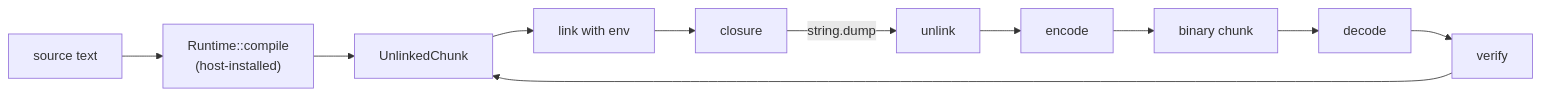
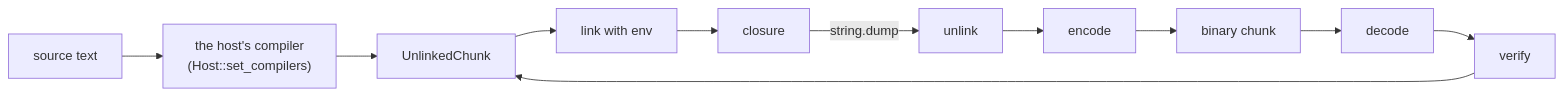
The diagram in docs/design/chunks-io-os-cli.md (orbitscript-lang/OrbitScript), drawn with Mermaid before and after one commit. The commit also changed other lines of this file and 23 other files, not shown here.

First line of the commit message:
Host settings, memory control and hook use become private components (#369)

````diff
--- a/docs/design/chunks-io-os-cli.md
+++ b/docs/design/chunks-io-os-cli.md
@@ -24,8 +24,8 @@
 ```mermaid
 flowchart LR
-    src["source text"] --> hook["Runtime::compile<br/>(host-installed)"]
+    src["source text"] --> hook["the host's compiler<br/>(Host::set_compilers)"]
     hook --> unl["UnlinkedChunk"]
     bin["binary chunk"] --> dec["decode"] --> ver["verify"] --> unl
     unl --> link["link with env"] --> clo["closure"]
     clo -- "string.dump" --> unlink["unlink"] --> enc["encode"] --> bin
 ```
````
